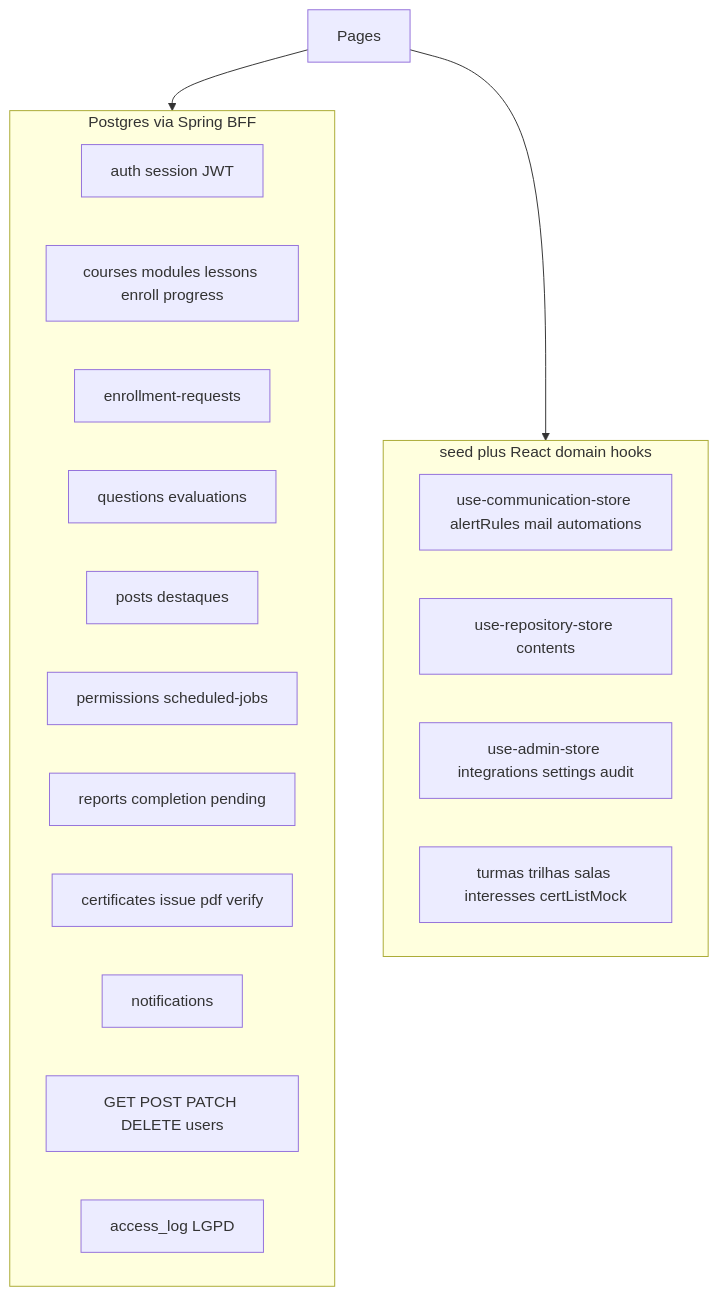
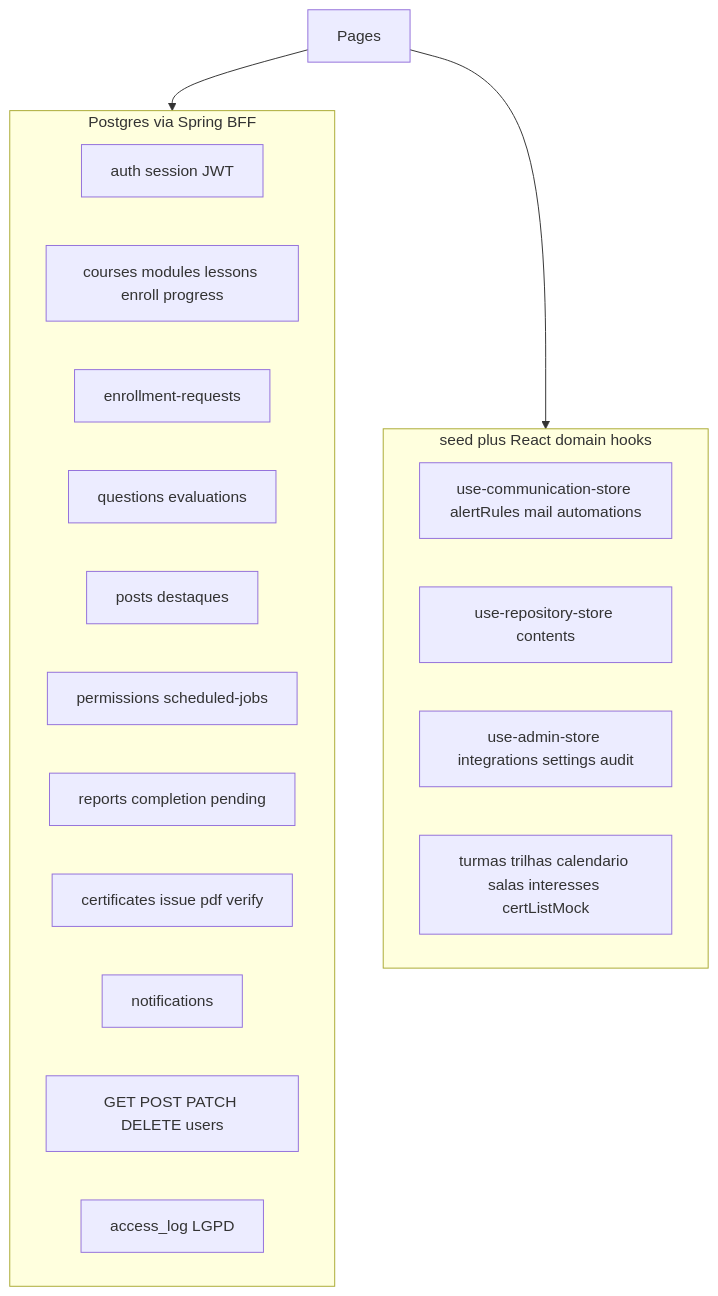
Before and after one commit to GrigoriDevv/navoxi-lms: the diagram in AGENTS.md, drawn with Mermaid. The commit also changed other lines of this file and 5 other files, not shown here.

First line of the commit message:
fix: hide mock turmas/trilhas/calendário in production

````diff
--- a/AGENTS.md
+++ b/AGENTS.md
@@ -28,24 +28,24 @@
 ```mermaid
 flowchart TB
   subgraph java [Postgres via Spring BFF]
     Auth[auth session JWT]
     Learn[courses modules lessons enroll progress]
     EnrollReq[enrollment-requests]
     QuestionsEval[questions evaluations]
     PostsDestaques[posts destaques]
     PermsJobs[permissions scheduled-jobs]
  Reports[reports completion pending]
  Certificates[certificates issue pdf verify]
  Notif[notifications]
     UsersAdmin[GET POST PATCH DELETE users]
     AccessLog[access_log LGPD]
   end
   subgraph mock [seed plus React domain hooks]
     CommMock[use-communication-store alertRules mail automations]
     RepoContents[use-repository-store contents]
     AdminMock[use-admin-store integrations settings audit]
-    LearnMock[turmas trilhas salas interesses certListMock]
+    LearnMock[turmas trilhas calendario salas interesses certListMock]
   end
   UI[Pages] --> java
   UI --> mock
 ```
````
